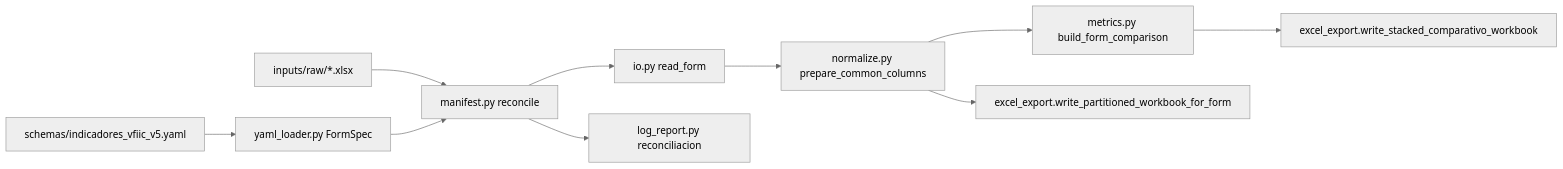
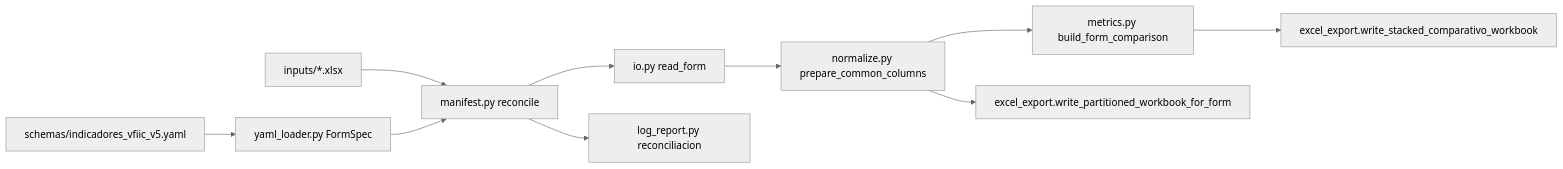
One commit to jesusrloza/vfiic-kpis-operativos changed the first of 2 diagrams in docs/arquitectura.md. Above: the diagram before and after it, drawn with Mermaid (neutral theme). The commit also changed other lines of this file and 26 other files, not shown here.

````diff
--- a/docs/arquitectura.md
+++ b/docs/arquitectura.md
@@ -20,12 +20,12 @@
 ```mermaid
 flowchart LR
   yaml["schemas/indicadores_vfiic_v5.yaml"] --> loader["yaml_loader.py FormSpec"]
-  rawDir["inputs/raw/*.xlsx"] --> manifest["manifest.py reconcile"]
+  inputDir["inputs/*.xlsx"] --> manifest["manifest.py reconcile"]
   loader --> manifest
   manifest --> reader["io.py read_form"]
   reader --> normalize["normalize.py prepare_common_columns"]
   normalize --> metrics["metrics.py build_form_comparison"]
   normalize --> partWriter["excel_export.write_partitioned_workbook_for_form"]
   metrics --> stackWriter["excel_export.write_stacked_comparativo_workbook"]
   manifest --> logs["log_report.py reconciliacion"]
 ```
````
